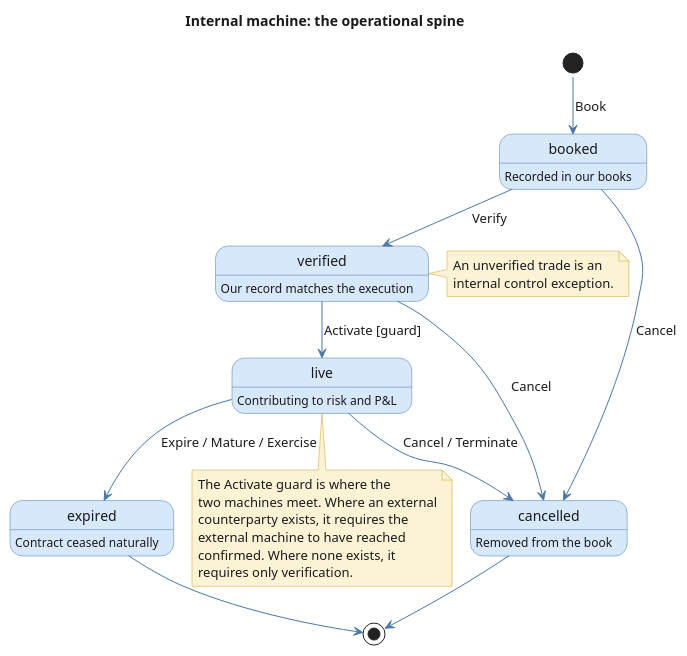
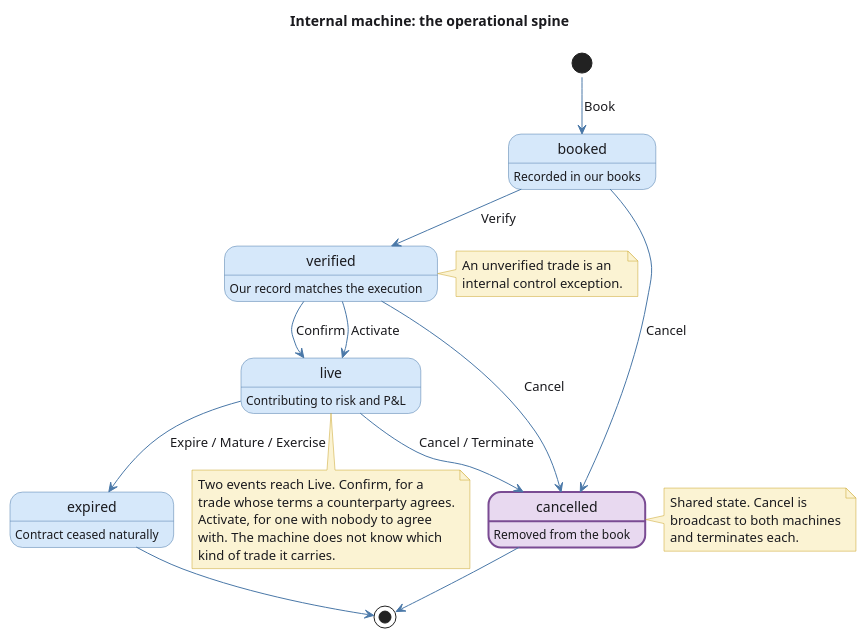
Before and after one commit to OreStudio/OreStudio: the diagram in doc/knowledge/domain/trade_lifecycle_internal.puml, drawn with PlantUML. The commit also changed 5 other files, not shown here.

```diff
--- a/doc/knowledge/domain/trade_lifecycle_internal.puml
+++ b/doc/knowledge/domain/trade_lifecycle_internal.puml
@@ -18,60 +18,66 @@
 @startuml
 !pragma layout smetana
 
 title Internal machine: the operational spine
 
 skinparam state {
     BackgroundColor #D6E8FA
     BorderColor #4A78A8
     FontColor #1A1A1E
     AttributeFontColor #3A3A3E
     ArrowColor #4A78A8
     ArrowFontColor #1A1A1E
     StartColor #4A78A8
     EndColor #4A78A8
 }
 skinparam note {
     BackgroundColor #FBF3D3
     BorderColor #C9A227
     FontColor #1A1A1E
 }
 skinparam BackgroundColor white
 skinparam DefaultFontColor #1A1A1E
 
 state "booked" as Booked
 state "verified" as Verified
 state "live" as Live
 state "expired" as Expired
-state "cancelled" as Cancelled
+state "cancelled" as Cancelled #E8D9F0 ##[bold]7A4B93
 
 Booked : Recorded in our books
 Verified : Our record matches the execution
 Live : Contributing to risk and P&L
 Expired : Contract ceased naturally
 Cancelled : Removed from the book
 
 [*] --> Booked : Book
 Booked --> Verified : Verify
-Verified --> Live : Activate [guard]
+Verified --> Live : Confirm
+Verified --> Live : Activate
 Live --> Expired : Expire / Mature / Exercise
 Booked --> Cancelled : Cancel
 Verified --> Cancelled : Cancel
 Live --> Cancelled : Cancel / Terminate
 Expired --> [*]
 Cancelled --> [*]
 
 note right of Verified
   An unverified trade is an
   internal control exception.
 end note
 
 note bottom of Live
-  The Activate guard is where the
-  two machines meet. Where an external
-  counterparty exists, it requires the
-  external machine to have reached
-  confirmed. Where none exists, it
-  requires only verification.
+  Two events reach Live. Confirm, for a
+  trade whose terms a counterparty agrees.
+  Activate, for one with nobody to agree
+  with. The machine does not know which
+  kind of trade it carries.
+end note
+
+note right of Cancelled
+  Shared state. Cancel is
+  broadcast to both machines
+  and terminates each.
 end note
 
 @enduml
```
